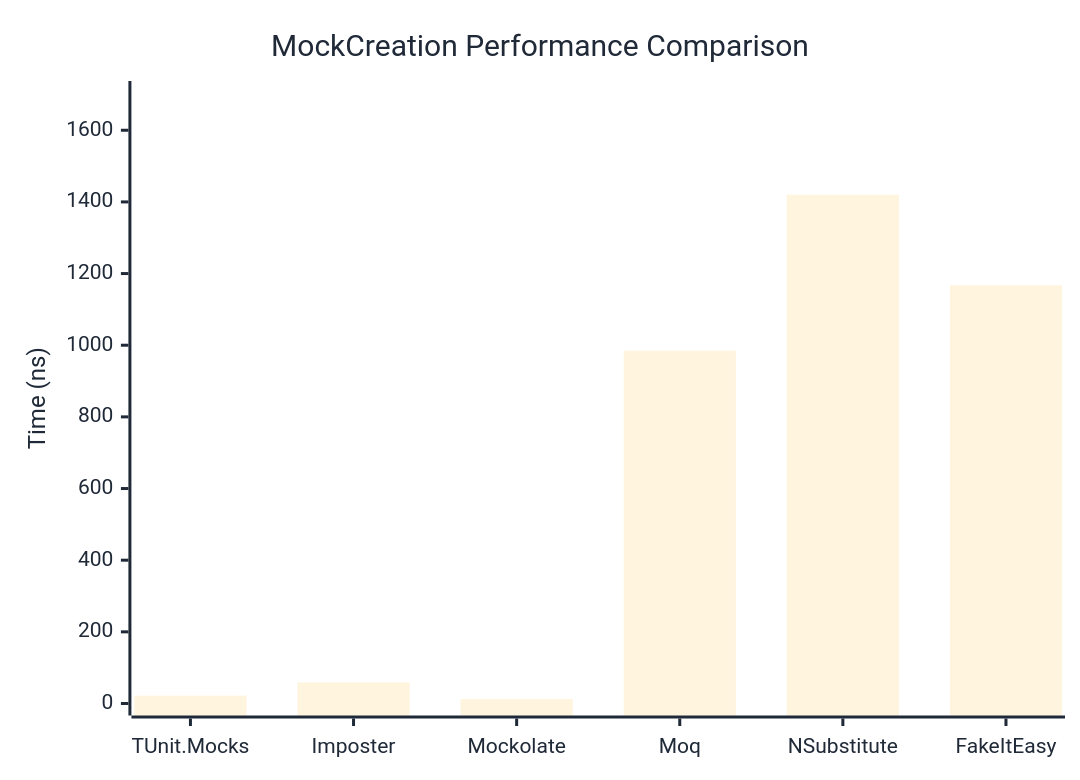
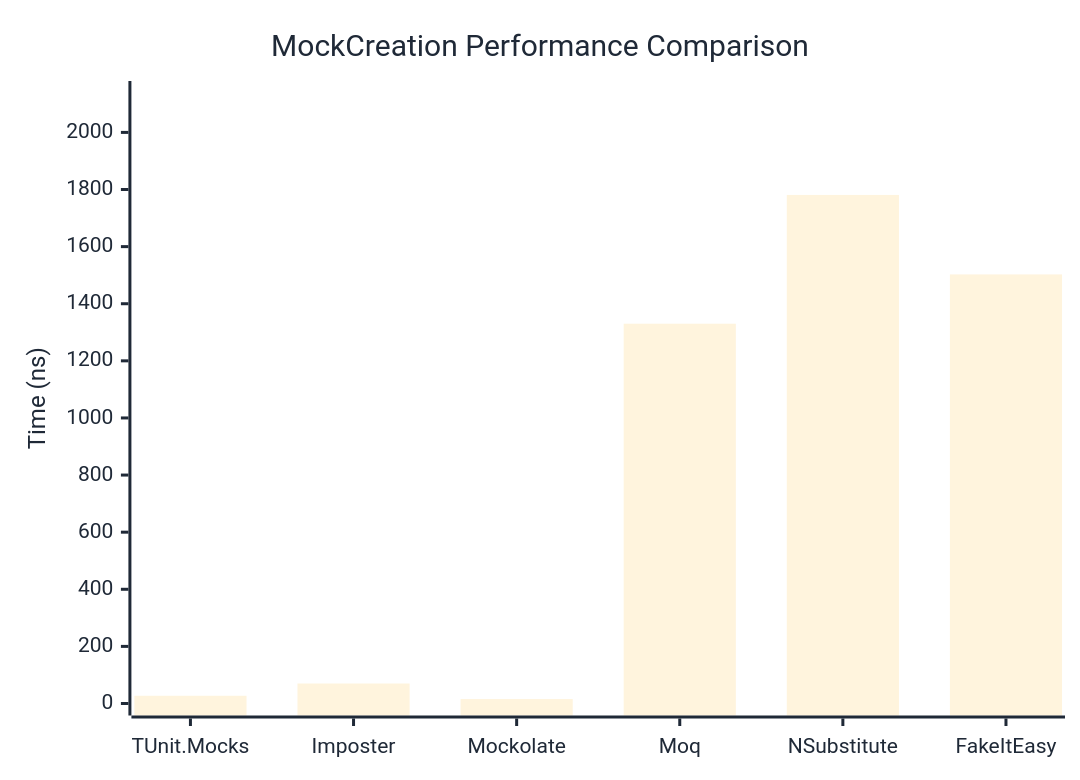
One commit to thomhurst/TUnit changed the first of 2 diagrams in docs/docs/benchmarks/mocks/MockCreation.md. Above: the diagram before and after it, drawn with Mermaid. The commit also changed other lines of this file and 14 other files, not shown here.

````diff
--- a/docs/docs/benchmarks/mocks/MockCreation.md
+++ b/docs/docs/benchmarks/mocks/MockCreation.md
@@ -30,27 +30,27 @@
 ```mermaid
 %%{init: {
   'theme':'base',
   'themeVariables': {
     'primaryColor': '#2563eb',
     'primaryTextColor': '#1f2937',
     'primaryBorderColor': '#1e40af',
     'lineColor': '#6b7280',
     'secondaryColor': '#7c3aed',
     'tertiaryColor': '#dc2626',
     'background': '#ffffff',
     'pie1': '#2563eb',
     'pie2': '#7c3aed',
     'pie3': '#dc2626',
     'pie4': '#f59e0b',
     'pie5': '#10b981',
     'pie6': '#06b6d4',
     'pie7': '#ec4899',
     'pie8': '#6366f1'
   }
 }}%%
 xychart-beta
   title "MockCreation Performance Comparison"
   x-axis ["TUnit.Mocks", "Imposter", "Mockolate", "Moq", "NSubstitute", "FakeItEasy"]
-  y-axis "Time (ns)" 0 --> 1704
-  bar [21.9, 58.79, 12.59, 984.74, 1419.98, 1167.56]
+  y-axis "Time (ns)" 0 --> 2138
+  bar [27.08, 70.02, 15.56, 1330.06, 1781, 1502.68]
 ```
````
